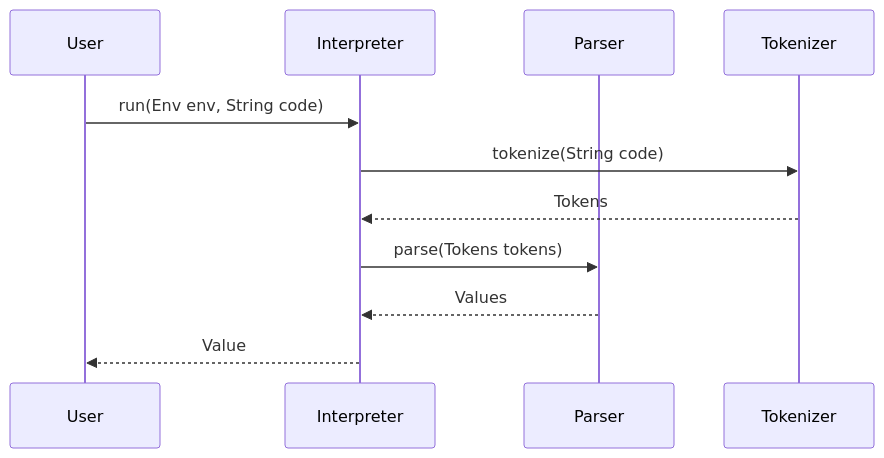
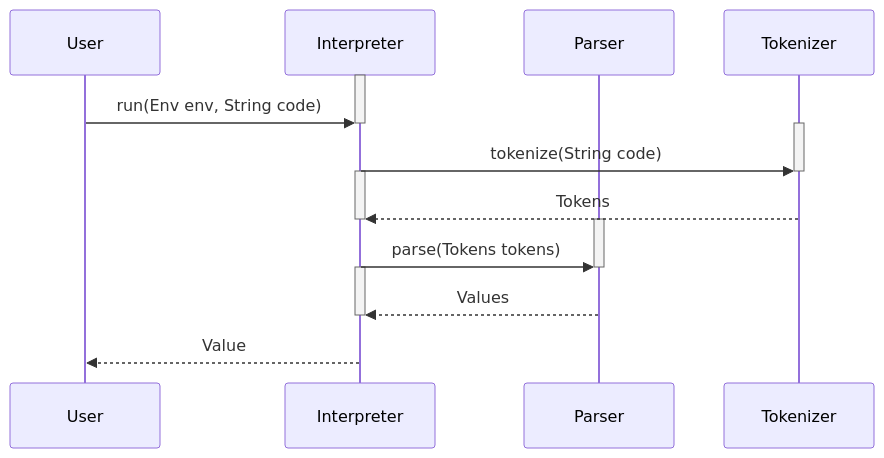
The first of 2 diagrams in README.md (nekitdev/lisp), drawn with Mermaid before and after one commit.

Commit message:
Fix sequence diagram.

````diff
--- a/README.md
+++ b/README.md
@@ -3,13 +3,23 @@
 ```mermaid
 sequenceDiagram
     participant User
     participant Interpreter
     participant Parser
     participant Tokenizer
+    activate Interpreter
     User->>Interpreter: run(Env env, String code)
+    deactivate Interpreter
+    activate Tokenizer
     Interpreter->>Tokenizer: tokenize(String code)
+    deactivate Tokenizer
+    activate Interpreter
     Tokenizer-->>Interpreter: Tokens
+    deactivate Interpreter
+    activate Parser
     Interpreter->>Parser: parse(Tokens tokens)
+    deactivate Parser
+    activate Interpreter
     Parser-->>Interpreter: Values
+    deactivate Interpreter
     Interpreter-->>User: Value
 ```
````
